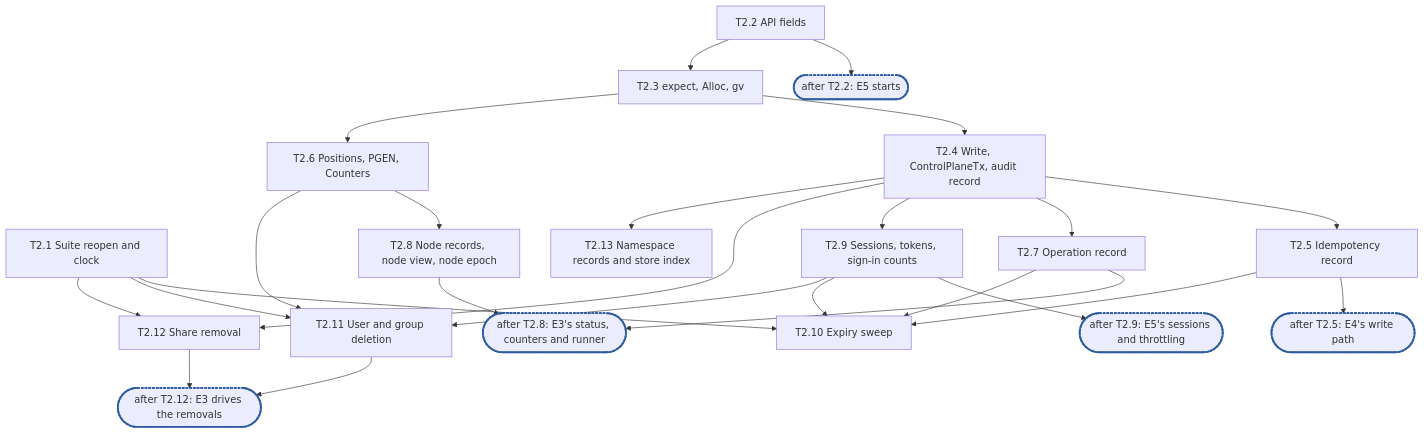
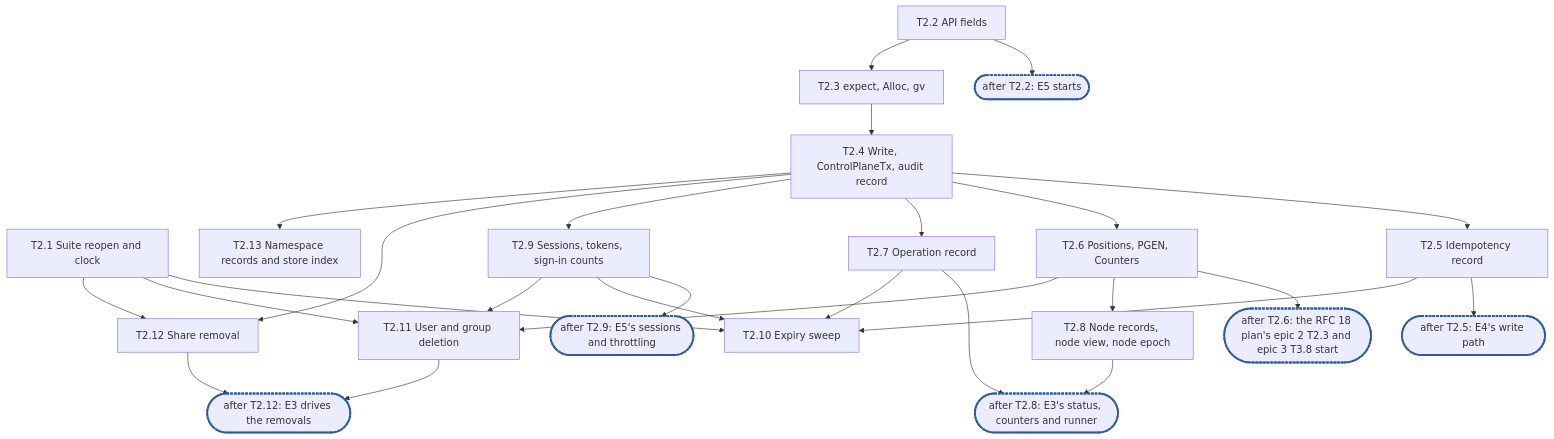
Before and after one commit to cubbit/dittofs: the diagram in docs/internals/planning/rfc-23-control-plane-epic2.md, drawn with Mermaid. The commit also changed other lines of this file and 1 other file, not shown here.

Commit message:
docs(planning): fold rif's review of RFC 23 epic 2

````diff
--- a/docs/internals/planning/rfc-23-control-plane-epic2.md
+++ b/docs/internals/planning/rfc-23-control-plane-epic2.md
@@ -795,21 +810,22 @@
 ```mermaid
 flowchart TD
   T2_1["T2.1 Suite reopen and clock"]
   T2_2["T2.2 API fields"] --> C0(["after T2.2: E5 starts"]):::sync
   T2_2 --> T2_3["T2.3 expect, Alloc, gv"]
   T2_3 --> T2_4["T2.4 Write, ControlPlaneTx, audit record"]
   T2_4 --> T2_5["T2.5 Idempotency record"]
   T2_5 --> C1(["after T2.5: E4's write path"]):::sync
-  T2_3 --> T2_6["T2.6 Positions, PGEN, Counters"]
+  T2_4 --> T2_6["T2.6 Positions, PGEN, Counters"]
   T2_4 --> T2_7["T2.7 Operation record"]
+  T2_6 --> C5(["after T2.6: the RFC 18 plan's epic 2 T2.3 and epic 3 T3.8 start"]):::sync
   T2_6 --> T2_8["T2.8 Node records, node view, node epoch"]
   T2_7 & T2_8 --> C2(["after T2.8: E3's status, counters and runner"]):::sync
   T2_4 --> T2_9["T2.9 Sessions, tokens, sign-in counts"]
   T2_9 --> C4(["after T2.9: E5's sessions and throttling"]):::sync
   T2_1 & T2_5 & T2_7 & T2_9 --> T2_10["T2.10 Expiry sweep"]
   T2_1 & T2_6 & T2_9 --> T2_11["T2.11 User and group deletion"]
   T2_1 & T2_4 --> T2_12["T2.12 Share removal"]
   T2_4 --> T2_13["T2.13 Namespace records and store index"]
   T2_11 & T2_12 --> C3(["after T2.12: E3 drives the removals"]):::sync
   classDef sync stroke:#2c5aa0,stroke-width:3px,stroke-dasharray:4 2
 ```
````
